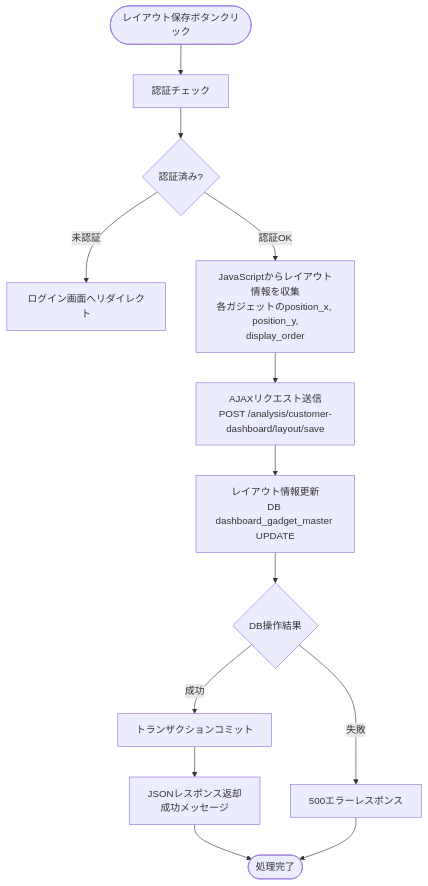
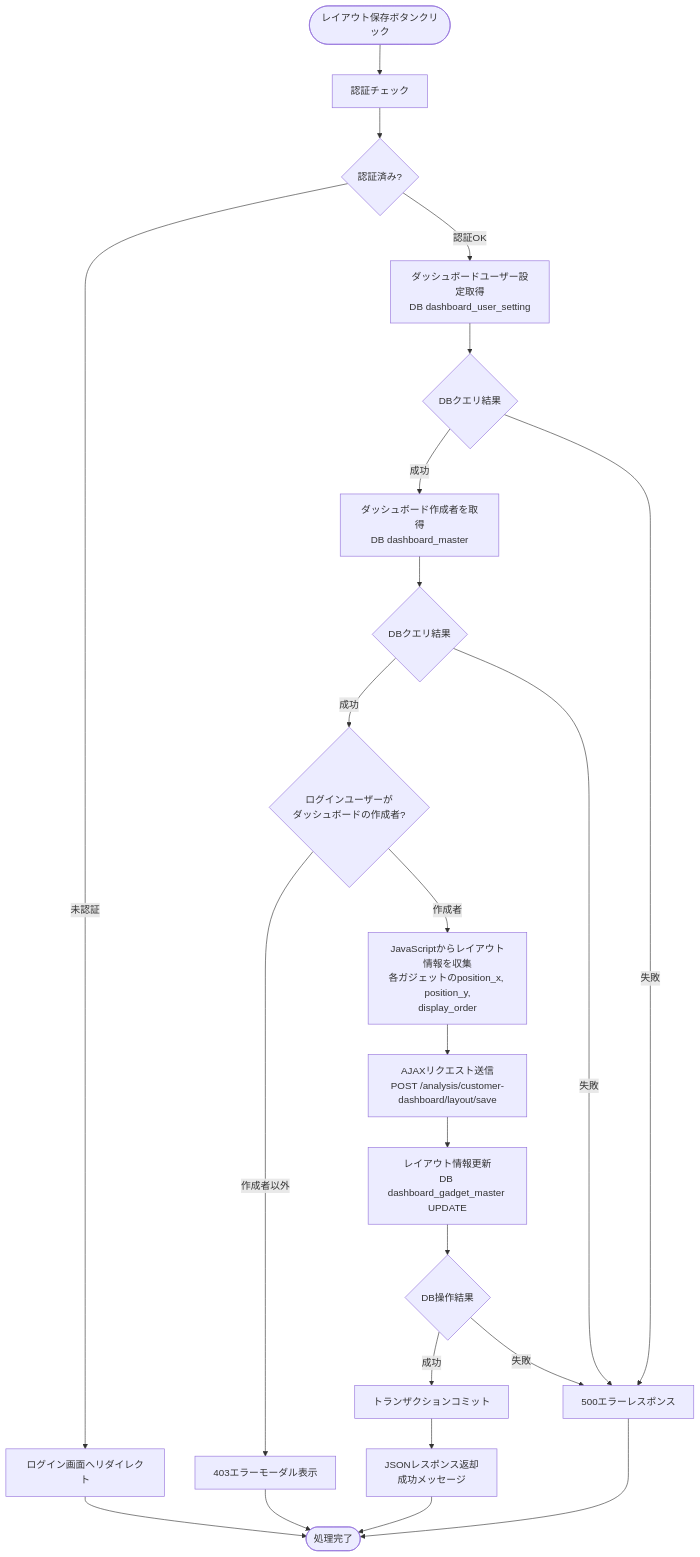
The tenth of 15 diagrams in docs/03-features/flask-app/customer-dashboard/common/workflow-specification.md (NSW-SVCP-AIWG002/Databricks-IoT), drawn with Mermaid before and after one commit. The commit also changed other lines of this file and 4 other files, not shown here.

````diff
--- a/docs/03-features/flask-app/customer-dashboard/common/workflow-specification.md
+++ b/docs/03-features/flask-app/customer-dashboard/common/workflow-specification.md
@@ -2085,17 +2024,31 @@
 ```mermaid
 flowchart TD
     Start([レイアウト保存ボタンクリック]) --> Auth[認証チェック]
     Auth --> CheckAuth{認証済み?}
     CheckAuth -->|未認証| LoginRedirect[ログイン画面へリダイレクト]
+    CheckAuth -->|認証OK| UserSetting[ダッシュボードユーザー設定取得<br>DB dashboard_user_setting]
 
-    CheckAuth -->|認証OK| GetLayout[JavaScriptからレイアウト情報を収集<br>各ガジェットのposition_x, position_y,<br>display_order]
+    UserSetting --> CheckUserSetting{DBクエリ結果}
+    CheckUserSetting -->|成功| DashboardQuery[ダッシュボード作成者を取得<br>DB dashboard_master]
+    CheckUserSetting -->|失敗| Error500[500エラーページ表示]
+
+    DashboardQuery --> CheckDashboardQuery{DBクエリ結果}
+    CheckDashboardQuery -->|成功| CheckCreator{ログインユーザーが<br>ダッシュボードの作成者?}
+    CheckDashboardQuery -->|失敗| Error500
+
+    CheckCreator -->|作成者以外| Error403[403エラーモーダル表示]
+    CheckCreator -->|作成者| GetLayout[JavaScriptからレイアウト情報を収集<br>各ガジェットのposition_x, position_y,<br>display_order]
+
     GetLayout --> SendAjax[AJAXリクエスト送信<br>POST /analysis/customer-dashboard/layout/save]
     SendAjax --> UpdateDB[レイアウト情報更新<br>DB dashboard_gadget_master UPDATE]
     UpdateDB --> CheckUpdate{DB操作結果}
+    CheckUpdate -->|成功| Commit[トランザクションコミット]
     CheckUpdate -->|失敗| Error500[500エラーレスポンス]
-    CheckUpdate -->|成功| Commit[トランザクションコミット]
+
     Commit --> Response[JSONレスポンス返却<br>成功メッセージ]
 
-    Response --> End([処理完了])
+    LoginRedirect --> End([処理完了])
+    Response --> End
+    Error403 --> End
     Error500 --> End
 ```
````
